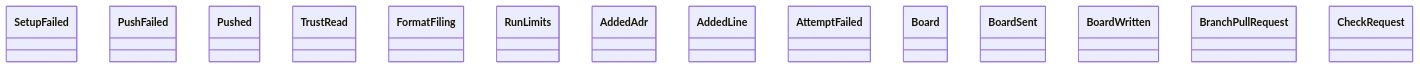
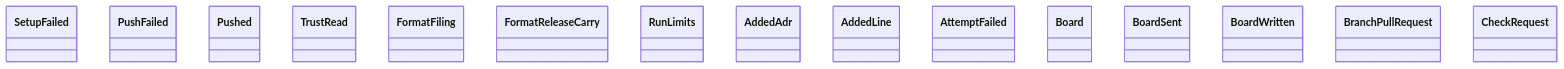
One commit to GonzaloZevallos/agentic-system changed the diagram in docs/architecture/generated/classes-process-application-support-1.md. Above: the diagram before and after it, drawn with Mermaid. The commit also changed 18 other files, not shown here.

First line of the commit message:
Release a noted format hold once its refusal issue is fixed and runs in stage0

````diff
--- a/docs/architecture/generated/classes-process-application-support-1.md
+++ b/docs/architecture/generated/classes-process-application-support-1.md
@@ -20,17 +20,18 @@
 ```mermaid
 classDiagram
     class checkouts__SetupFailed["SetupFailed"]
     class ci_push__PushFailed["PushFailed"]
     class ci_push__Pushed["Pushed"]
     class ci_trust__TrustRead["TrustRead"]
     class format_issue__FormatFiling["FormatFiling"]
+    class format_release__FormatReleaseCarry["FormatReleaseCarry"]
     class limits__RunLimits["RunLimits"]
     class ports__AddedAdr["AddedAdr"]
     class ports__AddedLine["AddedLine"]
     class ports__AttemptFailed["AttemptFailed"]
     class ports__Board["Board"]
     class ports__BoardSent["BoardSent"]
     class ports__BoardWritten["BoardWritten"]
     class ports__BranchPullRequest["BranchPullRequest"]
     class ports__CheckRequest["CheckRequest"]
 ```
````
